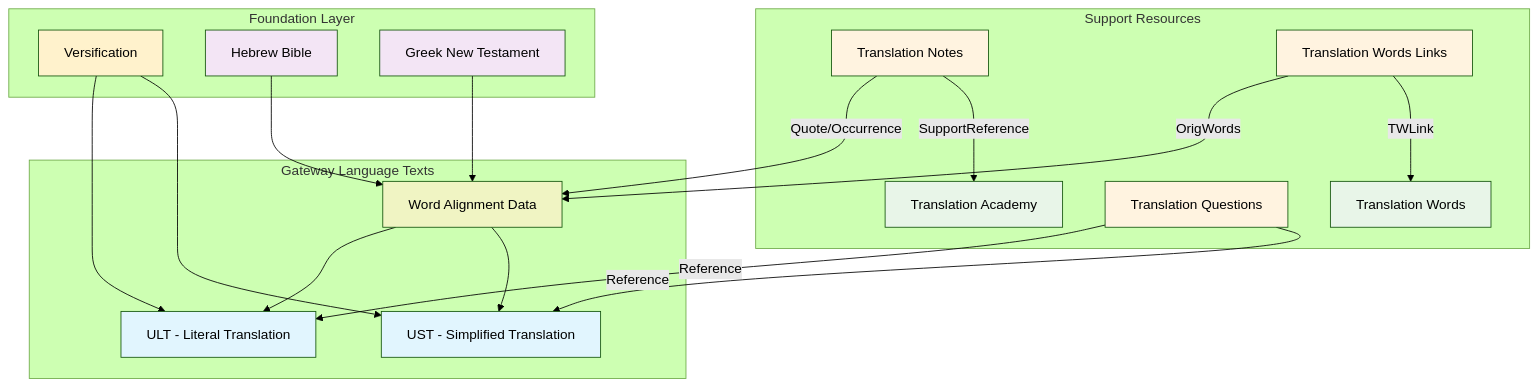
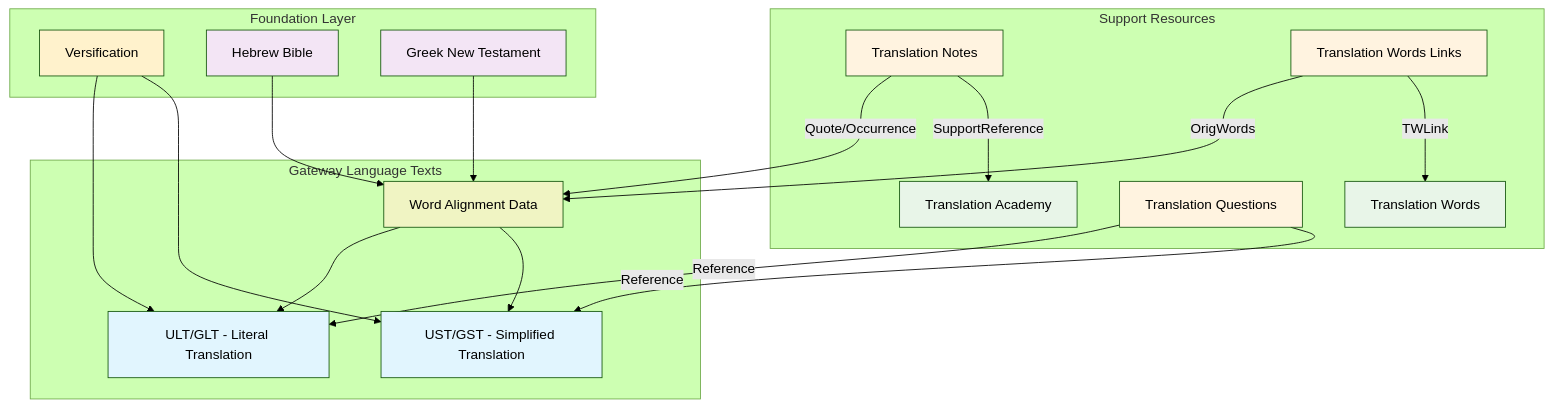
Before and after one commit to unfoldingWord/uW-Tools-Collab: the first of 6 diagrams in UW_TRANSLATION_RESOURCES_GUIDE.md, drawn with Mermaid (forest theme). The commit also changed other lines of this file, not shown here.

````diff
--- a/UW_TRANSLATION_RESOURCES_GUIDE.md
+++ b/UW_TRANSLATION_RESOURCES_GUIDE.md
@@ -42,48 +50,48 @@
 ```mermaid
 graph TD
     subgraph "Foundation Layer"
         V[Versification]
         UHB[Hebrew Bible]
         UGNT[Greek New Testament]
     end
     
     subgraph "Gateway Language Texts"
-        ULT[ULT - Literal Translation]
-        UST[UST - Simplified Translation]
+        ULT/GLT[ULT/GLT - Literal Translation]
+        UST/GST[UST/GST - Simplified Translation]
         WA[Word Alignment Data]
     end
     
     subgraph "Support Resources"
         TN[Translation Notes]
         TW[Translation Words]
         TWL[Translation Words Links]
         TQ[Translation Questions]
         TA[Translation Academy]
     end
     
-    V --> ULT
-    V --> UST
+    V --> ULT/GLT
+    V --> UST/GST
     UHB --> WA
     UGNT --> WA
-    WA --> ULT
-    WA --> UST
+    WA --> ULT/GLT
+    WA --> UST/GST
     
     TN --> |Quote/Occurrence| WA
     TN --> |SupportReference| TA
     TWL --> |OrigWords| WA
     TWL --> |TWLink| TW
-    TQ --> |Reference| ULT
-    TQ --> |Reference| UST
+    TQ --> |Reference| ULT/GLT
+    TQ --> |Reference| UST/GST
     
     style V fill:#fff2cc
-    style ULT fill:#e1f5fe
-    style UST fill:#e1f5fe
+    style ULT/GLT fill:#e1f5fe
+    style UST/GST fill:#e1f5fe
     style WA fill:#f0f4c3
     style UHB fill:#f3e5f5
     style UGNT fill:#f3e5f5
     style TN fill:#fff3e0
     style TW fill:#e8f5e8
     style TWL fill:#fff3e0
     style TQ fill:#fff3e0
     style TA fill:#e8f5e8
 ```
````
